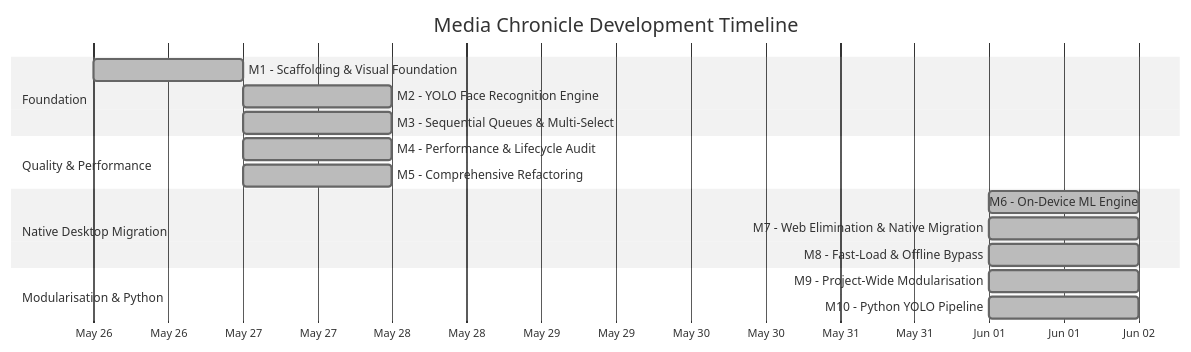
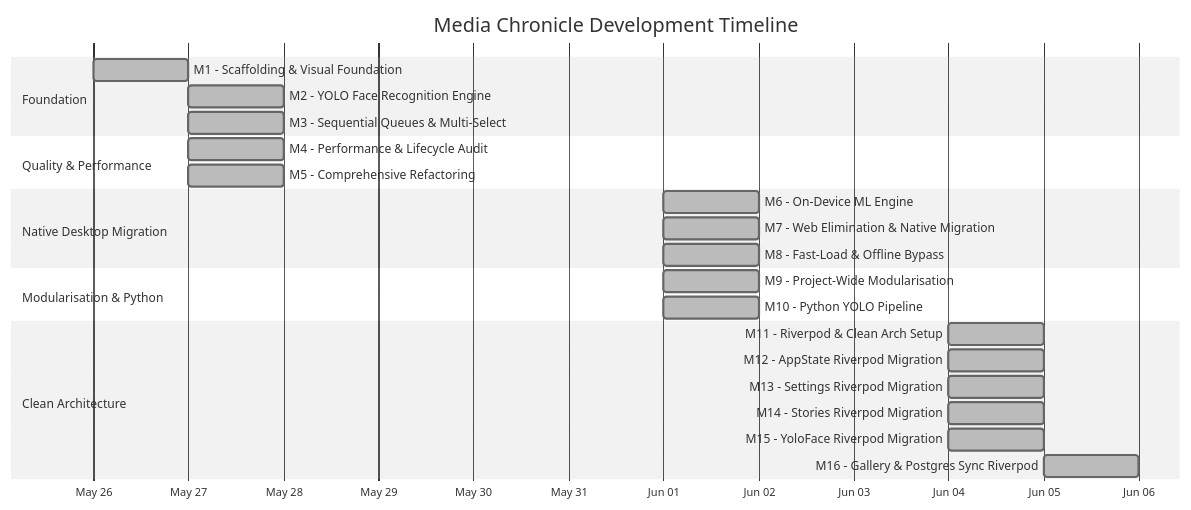
One commit to akshatdhaundiyal/media_chronicle changed the diagram in docs/design_docs/00_milestone_summary.md. Above: the diagram before and after it, drawn with Mermaid (neutral theme). The commit also changed other lines of this file and 57 other files, not shown here.

Commit message:
feat: implement core feature architecture, Riverpod state management, and YOLO-based media gallery tools.

````diff
--- a/docs/design_docs/00_milestone_summary.md
+++ b/docs/design_docs/00_milestone_summary.md
@@ -181,24 +267,32 @@
 ```mermaid
 gantt
     title Media Chronicle Development Timeline
     dateFormat YYYY-MM-DD
     axisFormat %b %d
 
     section Foundation
     M1 - Scaffolding & Visual Foundation     :done, m1, 2026-05-26, 1d
     M2 - YOLO Face Recognition Engine        :done, m2, 2026-05-27, 1d
     M3 - Sequential Queues & Multi-Select    :done, m3, 2026-05-27, 1d
 
     section Quality & Performance
     M4 - Performance & Lifecycle Audit       :done, m4, 2026-05-27, 1d
     M5 - Comprehensive Refactoring           :done, m5, 2026-05-27, 1d
 
     section Native Desktop Migration
     M6 - On-Device ML Engine                 :done, m6, 2026-06-01, 1d
     M7 - Web Elimination & Native Migration  :done, m7, 2026-06-01, 1d
     M8 - Fast-Load & Offline Bypass          :done, m8, 2026-06-01, 1d
 
     section Modularisation & Python
     M9 - Project-Wide Modularisation         :done, m9, 2026-06-01, 1d
     M10 - Python YOLO Pipeline               :done, m10, 2026-06-01, 1d
+
+    section Clean Architecture
+    M11 - Riverpod & Clean Arch Setup       :done, m11, 2026-06-04, 1d
+    M12 - AppState Riverpod Migration       :done, m12, 2026-06-04, 1d
+    M13 - Settings Riverpod Migration       :done, m13, 2026-06-04, 1d
+    M14 - Stories Riverpod Migration        :done, m14, 2026-06-04, 1d
+    M15 - YoloFace Riverpod Migration       :done, m15, 2026-06-04, 1d
+    M16 - Gallery & Postgres Sync Riverpod  :done, m16, 2026-06-05, 1d
 ```
````
